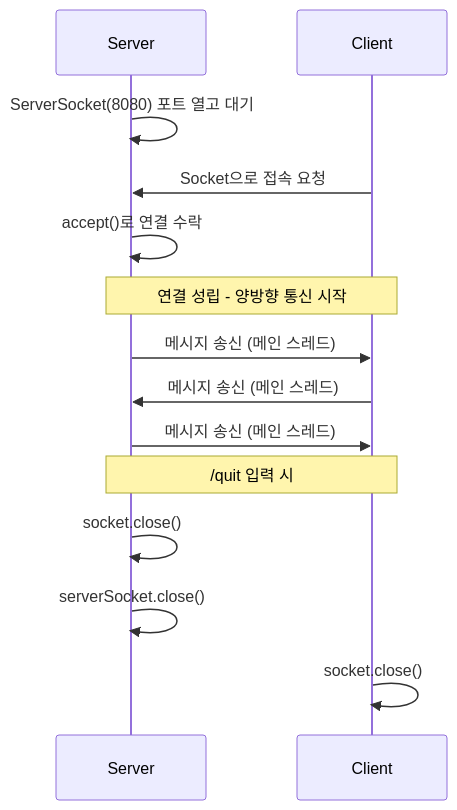
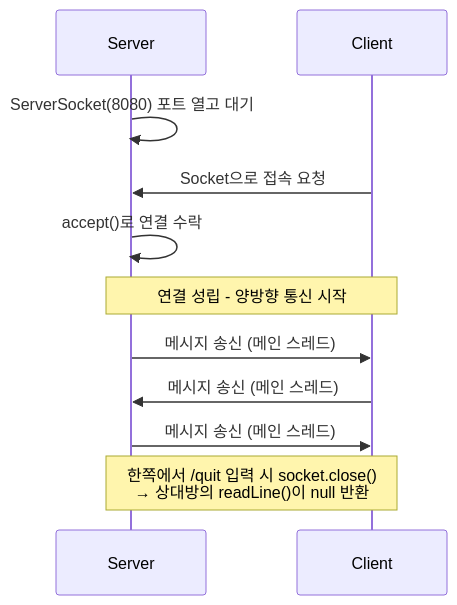
The diagram in 01-tcp-chat/README.md (joyoo1221/java-socket-study), drawn with Mermaid before and after one commit. The commit also changed other lines of this file, not shown here.

````diff
--- a/01-tcp-chat/README.md
+++ b/01-tcp-chat/README.md
@@ -24,21 +40,17 @@
 ```mermaid
 sequenceDiagram
     participant S as Server
     participant C as Client
-    
+
     S->>S: ServerSocket(8080) 포트 열고 대기
     C->>S: Socket으로 접속 요청
     S->>S: accept()로 연결 수락
-    
+
     Note over S,C: 연결 성립 - 양방향 통신 시작
 
     S->>C: 메시지 송신 (메인 스레드)
     C->>S: 메시지 송신 (메인 스레드)
     S->>C: 메시지 송신 (메인 스레드)
 
-    Note over S,C: /quit 입력 시
-
-    S->>S: socket.close()
-    S->>S: serverSocket.close()
-    C->>C: socket.close()
+    Note over S,C: 한쪽에서 /quit 입력 시 socket.close() <br/> → 상대방의 readLine()이 null 반환
 ```
````
